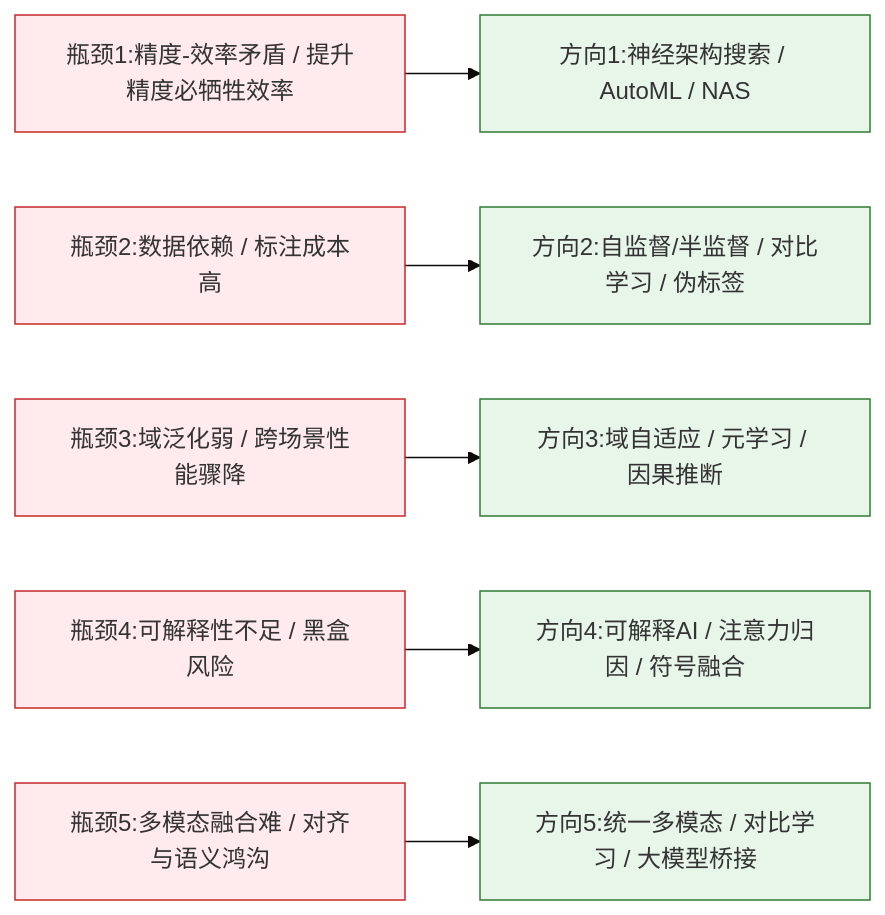
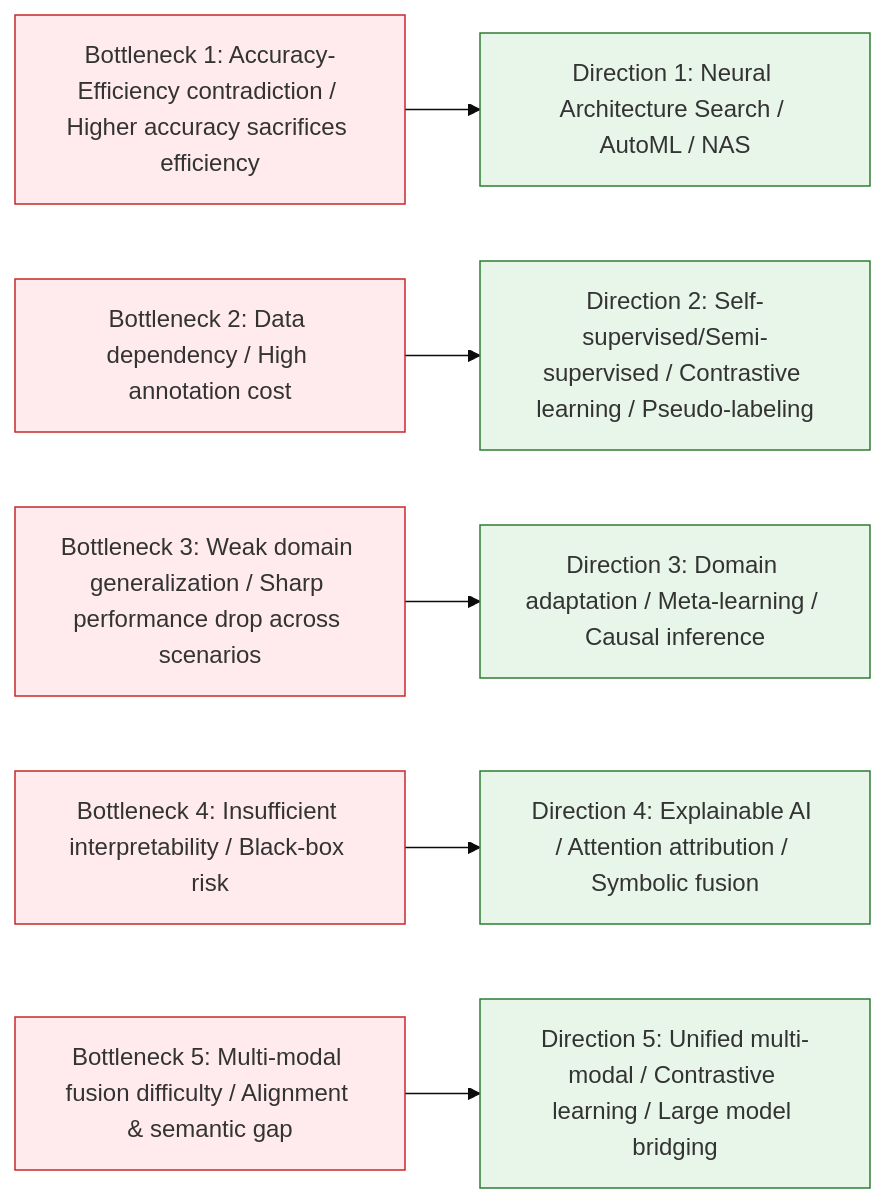
The eighth of 9 diagrams in templates/【模板】论文研究报告.md (Kirky-X/cangjie), drawn with Mermaid (base theme) before and after one commit. The commit also changed other lines of this file and 60 other files, not shown here.

````diff
--- a/templates/【模板】论文研究报告.md
+++ b/templates/【模板】论文研究报告.md
@@ -543,19 +418,19 @@
 ```mermaid
 graph LR
-    B1[瓶颈1:精度-效率矛盾 / 提升精度必牺牲效率] --> D1[方向1:神经架构搜索 / AutoML / NAS]
-    B2[瓶颈2:数据依赖 / 标注成本高] --> D2[方向2:自监督/半监督 / 对比学习 / 伪标签]
-    B3[瓶颈3:域泛化弱 / 跨场景性能骤降] --> D3[方向3:域自适应 / 元学习 / 因果推断]
-    B4[瓶颈4:可解释性不足 / 黑盒风险] --> D4[方向4:可解释AI / 注意力归因 / 符号融合]
-    B5[瓶颈5:多模态融合难 / 对齐与语义鸿沟] --> D5[方向5:统一多模态 / 对比学习 / 大模型桥接]
+    B1[Bottleneck 1: Accuracy-Efficiency contradiction / Higher accuracy sacrifices efficiency] --> D1[Direction 1: Neural Architecture Search / AutoML / NAS]
+    B2[Bottleneck 2: Data dependency / High annotation cost] --> D2[Direction 2: Self-supervised/Semi-supervised / Contrastive learning / Pseudo-labeling]
+    B3[Bottleneck 3: Weak domain generalization / Sharp performance drop across scenarios] --> D3[Direction 3: Domain adaptation / Meta-learning / Causal inference]
+    B4[Bottleneck 4: Insufficient interpretability / Black-box risk] --> D4[Direction 4: Explainable AI / Attention attribution / Symbolic fusion]
+    B5[Bottleneck 5: Multi-modal fusion difficulty / Alignment & semantic gap] --> D5[Direction 5: Unified multi-modal / Contrastive learning / Large model bridging]
 
     style B1 fill:#ffebee,stroke:#c62828
     style B2 fill:#ffebee,stroke:#c62828
     style B3 fill:#ffebee,stroke:#c62828
     style B4 fill:#ffebee,stroke:#c62828
     style B5 fill:#ffebee,stroke:#c62828
     style D1 fill:#e8f5e9,stroke:#2e7d32
     style D2 fill:#e8f5e9,stroke:#2e7d32
     style D3 fill:#e8f5e9,stroke:#2e7d32
     style D4 fill:#e8f5e9,stroke:#2e7d32
     style D5 fill:#e8f5e9,stroke:#2e7d32
 ```
````
